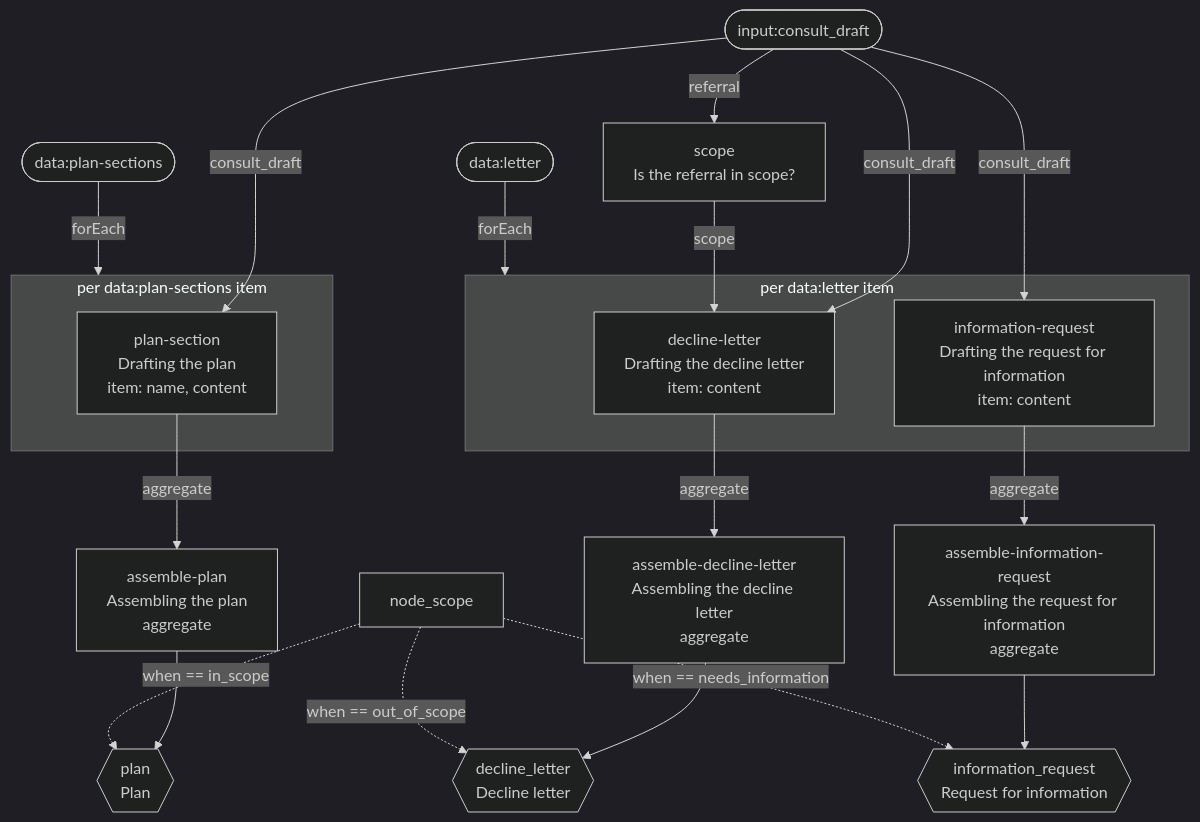
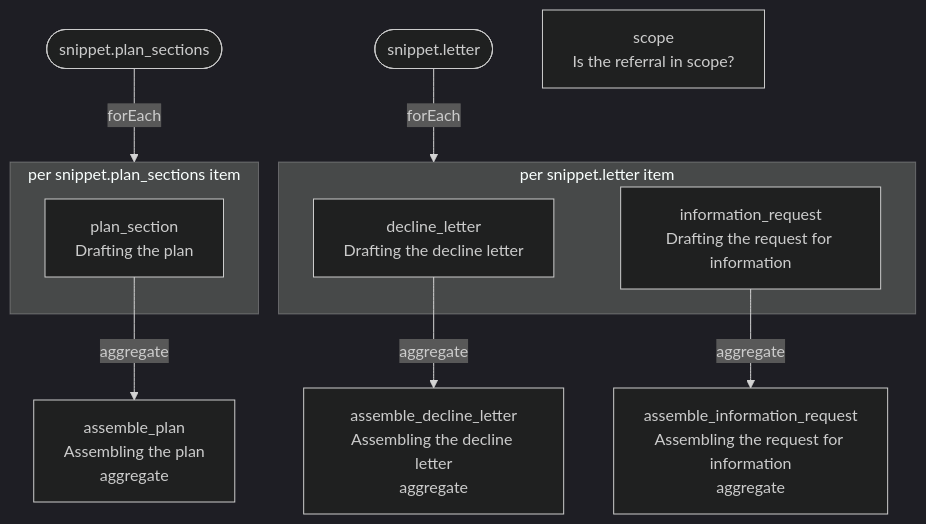
Before and after one commit to Consultologist/consultologist-workflows: the diagram in packages/example-classifier-scope/dag.mmd, drawn with Mermaid (dark theme). The commit also changed 11 other files, not shown here.

```diff
--- a/packages/example-classifier-scope/dag.mmd
+++ b/packages/example-classifier-scope/dag.mmd
@@ -1,38 +1,22 @@
 flowchart TD
-    input_consult_draft(["input:consult_draft"])
-    data_plan_sections(["data:plan-sections"])
-    data_letter(["data:letter"])
+    snippet_plan_sections(["snippet.plan_sections"])
+    snippet_letter(["snippet.letter"])
 
     scope["scope<br/>Is the referral in scope?"]
-    input_consult_draft -->|"referral"| scope
-    assemble_plan["assemble-plan<br/>Assembling the plan<br/>aggregate"]
+    assemble_plan["assemble_plan<br/>Assembling the plan<br/>aggregate"]
     plan_section -->|"aggregate"| assemble_plan
-    assemble_decline_letter["assemble-decline-letter<br/>Assembling the decline letter<br/>aggregate"]
+    assemble_decline_letter["assemble_decline_letter<br/>Assembling the decline letter<br/>aggregate"]
     decline_letter -->|"aggregate"| assemble_decline_letter
-    assemble_information_request["assemble-information-request<br/>Assembling the request for information<br/>aggregate"]
+    assemble_information_request["assemble_information_request<br/>Assembling the request for information<br/>aggregate"]
     information_request -->|"aggregate"| assemble_information_request
 
-    data_plan_sections -->|"forEach"| foreach_data_plan_sections
-    subgraph foreach_data_plan_sections["per data:plan-sections item"]
-        plan_section["plan-section<br/>Drafting the plan<br/>item: name, content"]
+    snippet_plan_sections -->|"forEach"| foreach_snippet_plan_sections
+    subgraph foreach_snippet_plan_sections["per snippet.plan_sections item"]
+        plan_section["plan_section<br/>Drafting the plan"]
     end
-    input_consult_draft -->|"consult_draft"| plan_section
 
-    data_letter -->|"forEach"| foreach_data_letter
-    subgraph foreach_data_letter["per data:letter item"]
-        decline_letter["decline-letter<br/>Drafting the decline letter<br/>item: content"]
-        information_request["information-request<br/>Drafting the request for information<br/>item: content"]
+    snippet_letter -->|"forEach"| foreach_snippet_letter
+    subgraph foreach_snippet_letter["per snippet.letter item"]
+        decline_letter["decline_letter<br/>Drafting the decline letter"]
+        information_request["information_request<br/>Drafting the request for information"]
     end
-    input_consult_draft -->|"consult_draft"| decline_letter
-    scope -->|"scope"| decline_letter
-    input_consult_draft -->|"consult_draft"| information_request
-
-    result_plan{{"plan<br/>Plan"}}
-    assemble_plan --> result_plan
-    node_scope -.->|"when == in_scope"| result_plan
-    result_decline_letter{{"decline_letter<br/>Decline letter"}}
-    assemble_decline_letter --> result_decline_letter
-    node_scope -.->|"when == out_of_scope"| result_decline_letter
-    result_information_request{{"information_request<br/>Request for information"}}
-    assemble_information_request --> result_information_request
-    node_scope -.->|"when == needs_information"| result_information_request
```
